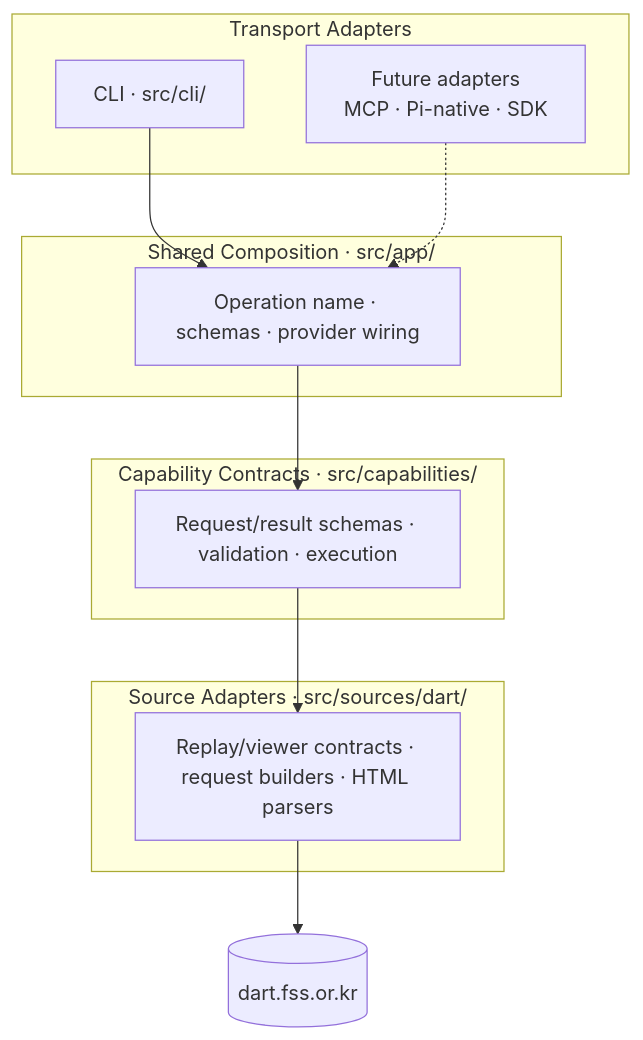
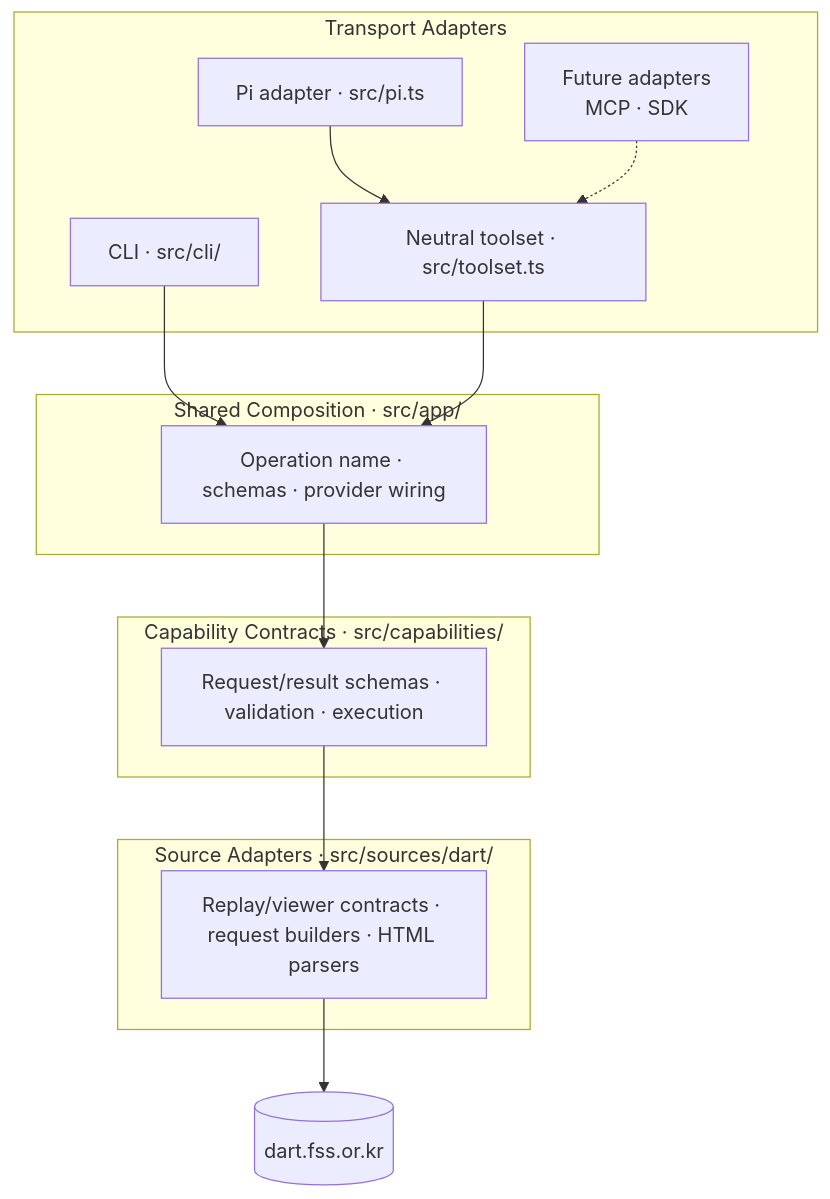
Before and after one commit to cpaikr/darty: the first of 6 diagrams in src/ARCHITECTURE.md, drawn with Mermaid. The commit also changed other lines of this file and 11 other files, not shown here.

First line of the commit message:
feat: add reusable toolset and Pi adapter

````diff
--- a/src/ARCHITECTURE.md
+++ b/src/ARCHITECTURE.md
@@ -34,25 +35,29 @@
 ```mermaid
 graph TD
     subgraph Transport["Transport Adapters"]
         CLI["CLI · src/cli/"]
-        FUTURE["Future adapters\nMCP · Pi-native · SDK"]
+        TOOLSET["Neutral toolset · src/toolset.ts"]
+        PI["Pi adapter · src/pi.ts"]
+        FUTURE["Future adapters\nMCP · SDK"]
     end
 
     subgraph App["Shared Composition · src/app/"]
         APP["Operation name · schemas · provider wiring"]
     end
 
     subgraph Cap["Capability Contracts · src/capabilities/"]
         CAP["Request/result schemas · validation · execution"]
     end
 
     subgraph Src["Source Adapters · src/sources/dart/"]
         SRC["Replay/viewer contracts · request builders · HTML parsers"]
     end
 
     CLI --> APP
-    FUTURE -.-> APP
+    TOOLSET --> APP
+    PI --> TOOLSET
+    FUTURE -.-> TOOLSET
     APP --> CAP
     CAP --> SRC
     SRC --> DART[("dart.fss.or.kr")]
 ```
````
